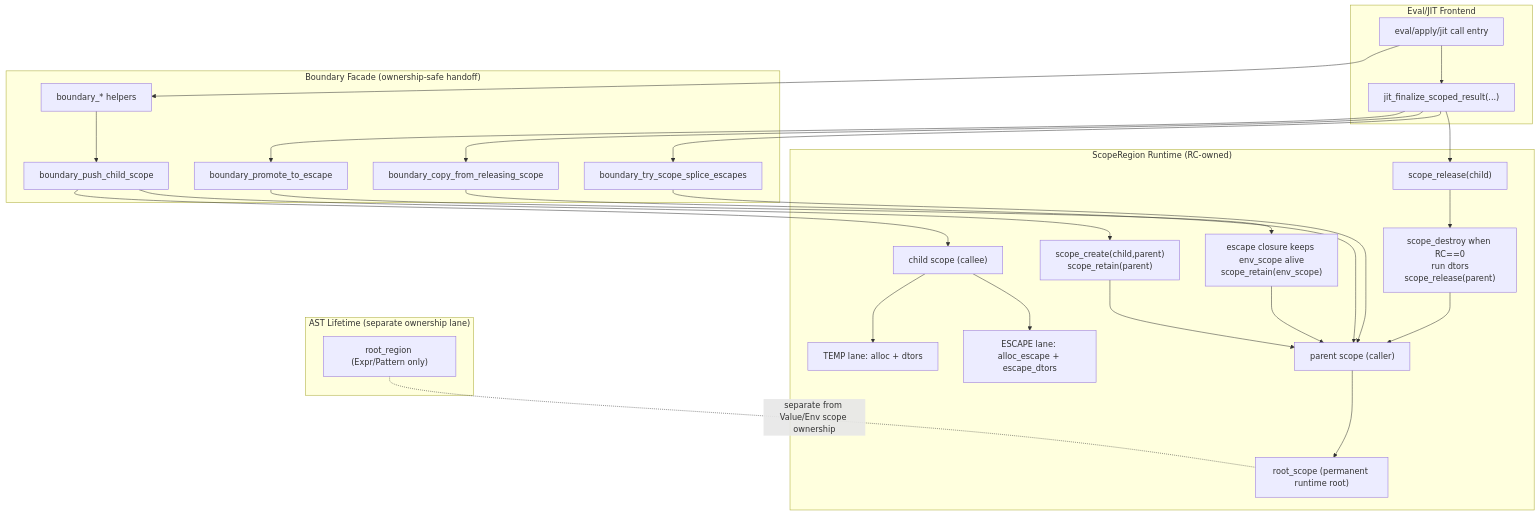
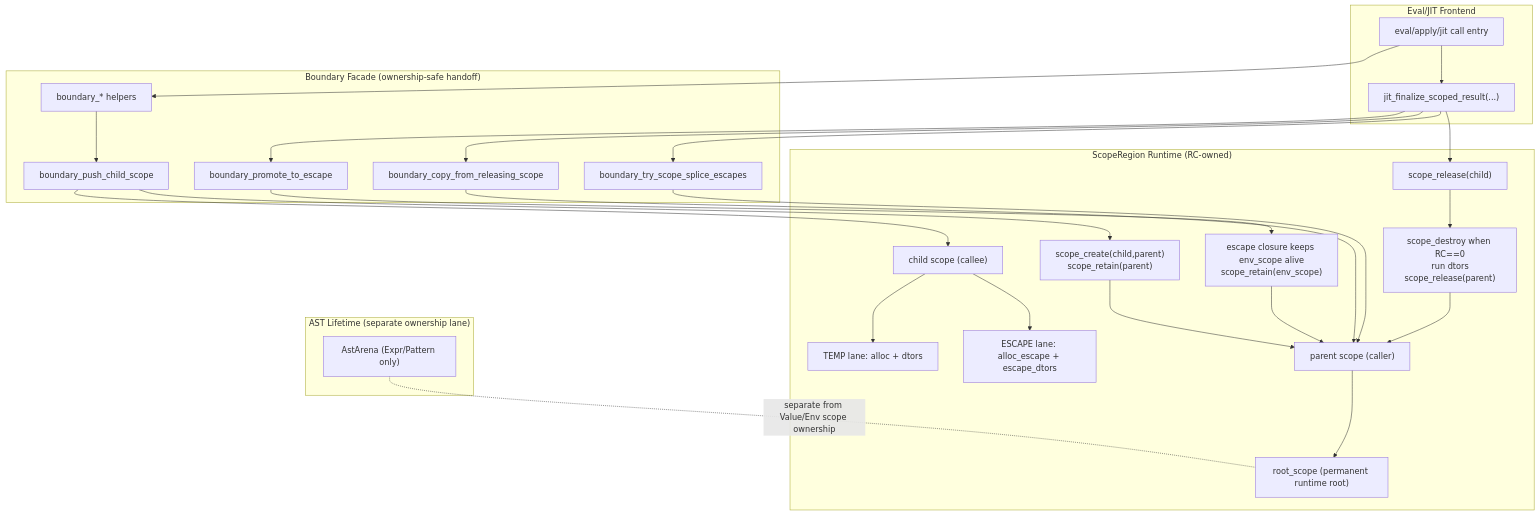
Before and after one commit to gavlooth/omnilisp: the first of 4 diagrams in docs/areas/memory-runtime-cycle.md, drawn with Mermaid. The commit also changed other lines of this file and 365 other files, not shown here.

````diff
--- a/docs/areas/memory-runtime-cycle.md
+++ b/docs/areas/memory-runtime-cycle.md
@@ -24,53 +24,53 @@
 ```mermaid
 flowchart TB
     subgraph Frontend["Eval/JIT Frontend"]
         EVAL["eval/apply/jit call entry"]
         FINALIZE["jit_finalize_scoped_result(...)"]
     end
 
     subgraph Boundary["Boundary Facade (ownership-safe handoff)"]
         BAPI["boundary_* helpers"]
         PUSH["boundary_push_child_scope"]
         PROMOTE_ESCAPE["boundary_promote_to_escape"]
         COPY_REL["boundary_copy_from_releasing_scope"]
         SPLICE["boundary_try_scope_splice_escapes"]
     end
 
     subgraph Runtime["ScopeRegion Runtime (RC-owned)"]
         ROOT_SCOPE["root_scope (permanent runtime root)"]
         PARENT_SCOPE["parent scope (caller)"]
         CHILD_SCOPE["child scope (callee)"]
         TEMP["TEMP lane: alloc + dtors"]
         ESCAPE["ESCAPE lane: alloc_escape + escape_dtors"]
         RETAIN_PARENT["scope_create(child,parent)\nscope_retain(parent)"]
         RELEASE["scope_release(child)"]
         DESTROY["scope_destroy when RC==0\nrun dtors\nscope_release(parent)"]
         CLOSURE_RETAIN["escape closure keeps env_scope alive\nscope_retain(env_scope)"]
     end
 
     subgraph AstLifetime["AST Lifetime (separate ownership lane)"]
-        ROOT_REGION["root_region (Expr/Pattern only)"]
+        ROOT_REGION["AstArena (Expr/Pattern only)"]
     end
 
     EVAL --> BAPI
     BAPI --> PUSH
     PUSH --> CHILD_SCOPE
     PUSH --> RETAIN_PARENT
     RETAIN_PARENT --> PARENT_SCOPE
     CHILD_SCOPE --> TEMP
     CHILD_SCOPE --> ESCAPE
     EVAL --> FINALIZE
     FINALIZE --> PROMOTE_ESCAPE
     FINALIZE --> COPY_REL
     FINALIZE --> SPLICE
     FINALIZE --> RELEASE
     PROMOTE_ESCAPE --> CLOSURE_RETAIN
     CLOSURE_RETAIN --> PARENT_SCOPE
     SPLICE --> PARENT_SCOPE
     COPY_REL --> PARENT_SCOPE
     RELEASE --> DESTROY
     DESTROY --> PARENT_SCOPE
     PARENT_SCOPE --> ROOT_SCOPE
 
     ROOT_REGION -. separate from Value/Env scope ownership .- ROOT_SCOPE
 ```
````
